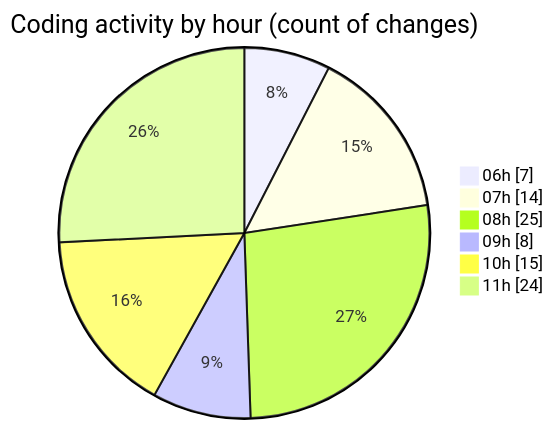
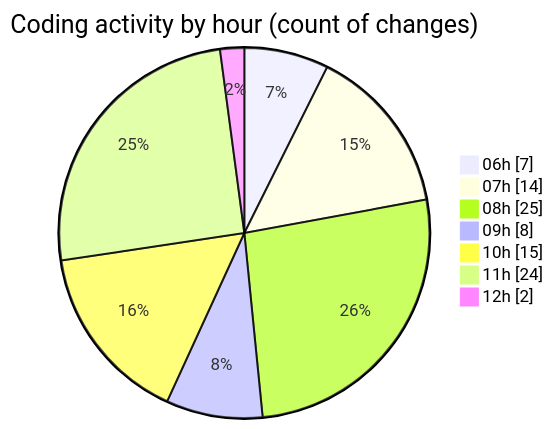
One commit to vahidmafi/code-tracking changed the second of 2 diagrams in 2025-04-18/zeytoon/README.md. Above: the diagram before and after it, drawn with Mermaid. The commit also changed other lines of this file and 1 other file, not shown here.

````diff
--- a/2025-04-18/zeytoon/README.md
+++ b/2025-04-18/zeytoon/README.md
@@ -39,10 +39,11 @@
 ```mermaid
 pie showData
 title Coding activity by hour (count of changes)
 "06h" : 7
 "07h" : 14
 "08h" : 25
 "09h" : 8
 "10h" : 15
 "11h" : 24
+"12h" : 2
 ```
````
